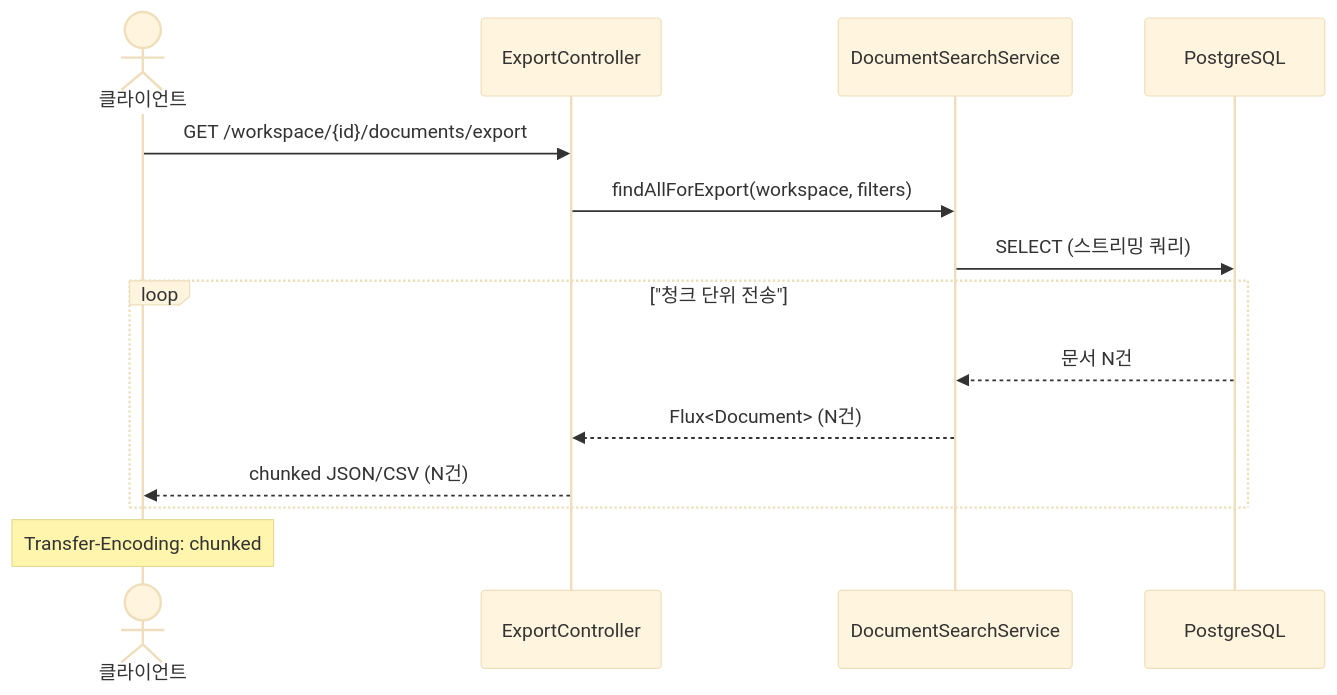
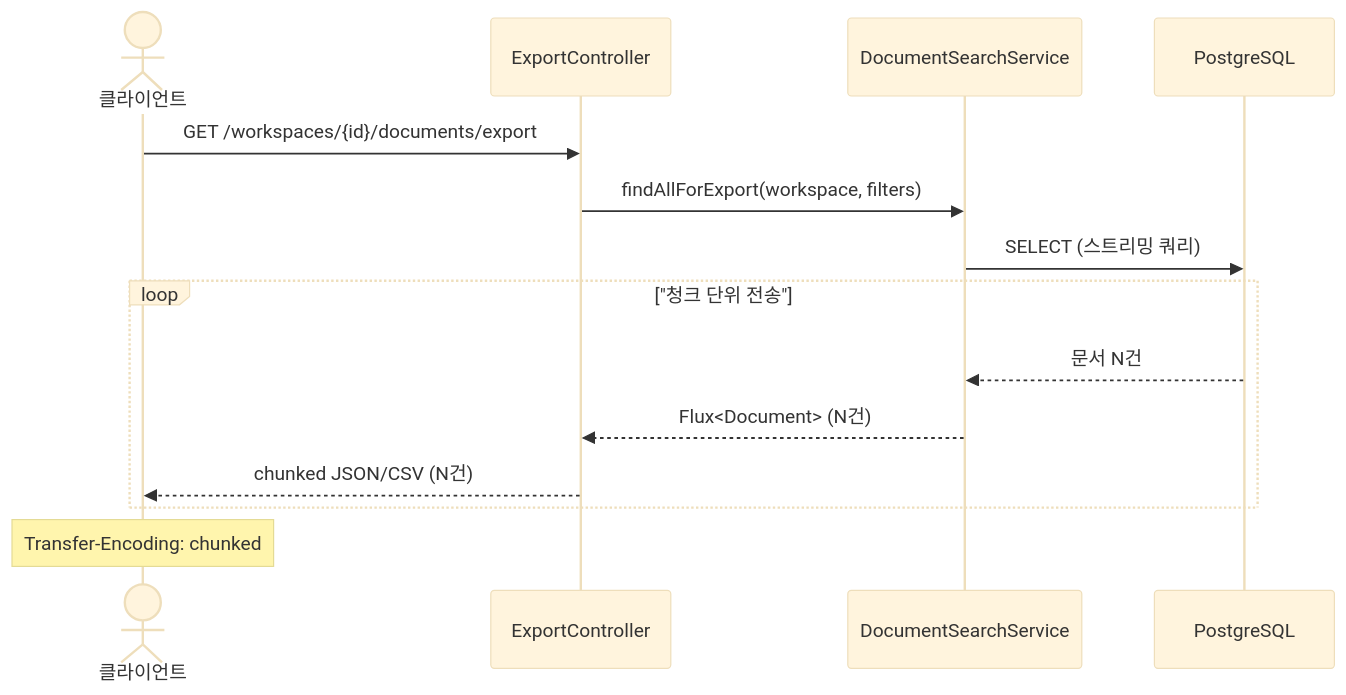
Before and after one commit to sayaya1090/handbook: the fourth of 4 diagrams in document-query/USECASE.md, drawn with Mermaid (base theme). The commit also changed other lines of this file and 58 other files, not shown here.

````diff
--- a/document-query/USECASE.md
+++ b/document-query/USECASE.md
@@ -159,17 +159,17 @@
 ```mermaid
 sequenceDiagram
     actor Client as 클라이언트
     participant Ctrl as ExportController
     participant Svc as DocumentSearchService
     participant DB as PostgreSQL
 
-    Client->>Ctrl: GET /workspace/{id}/documents/export
+    Client->>Ctrl: GET /workspaces/{id}/documents/export
     Ctrl->>Svc: findAllForExport(workspace, filters)
     Svc->>DB: SELECT (스트리밍 쿼리)
     loop "청크 단위 전송"
         DB-->>Svc: 문서 N건
         Svc-->>Ctrl: Flux<Document> (N건)
         Ctrl-->>Client: chunked JSON/CSV (N건)
     end
     Note over Client: Transfer-Encoding: chunked
 ```
````
